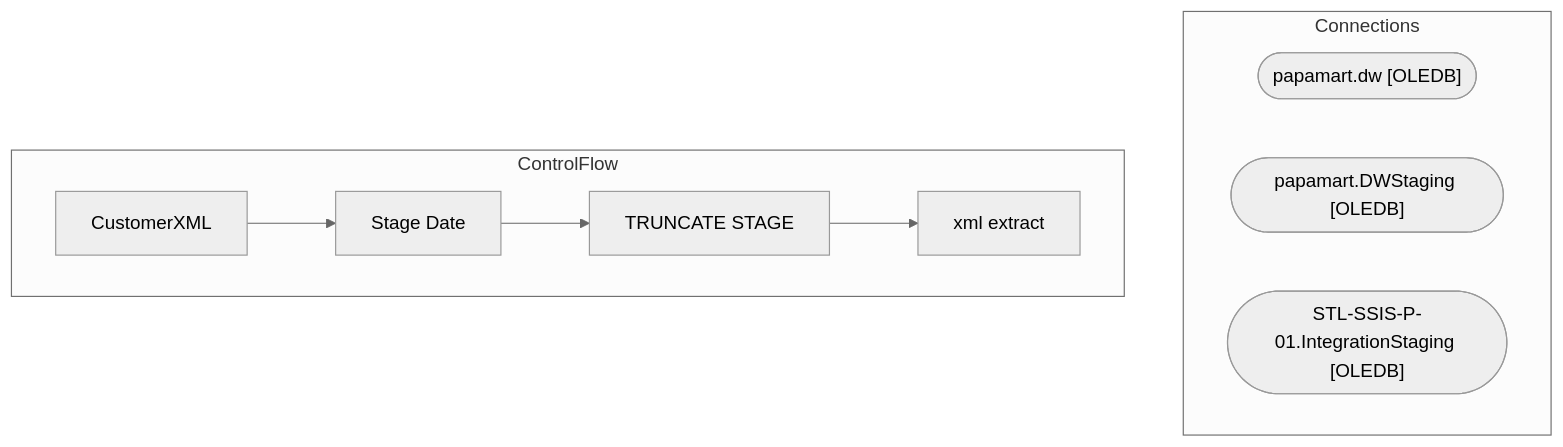
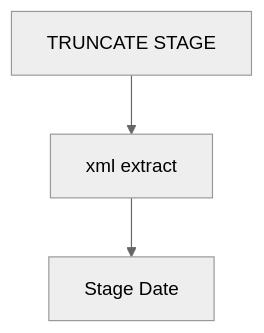
One commit to juanandresbrain/BABSkills changed the diagram in bab-docs-explorer/Documentation/STL-SSIS-P-01/SSIS/SSIS/CustomerXMLExtract.CustomerXML.md. Above: the diagram before and after it, drawn with Mermaid (neutral theme). The commit also changed other lines of this file and 273 other files, not shown here.

````diff
--- a/bab-docs-explorer/Documentation/STL-SSIS-P-01/SSIS/SSIS/CustomerXMLExtract.CustomerXML.md
+++ b/bab-docs-explorer/Documentation/STL-SSIS-P-01/SSIS/SSIS/CustomerXMLExtract.CustomerXML.md
@@ -9,17 +34,8 @@
 ```mermaid
 flowchart TD
-    subgraph Connections
-        papamart_dw_conn(["papamart.dw [OLEDB]"])
-        papamart_DWStaging_conn(["papamart.DWStaging [OLEDB]"])
-        STL_SSIS_P_01_IntegrationStaging_conn(["STL-SSIS-P-01.IntegrationStaging [OLEDB]"])
-    end
-    subgraph ControlFlow
-        CustomerXML_task["CustomerXML"]
-        Stage_Date_task["Stage Date"]
-        CustomerXML_task --> Stage_Date_task
-        TRUNCATE_STAGE_task["TRUNCATE STAGE"]
-        Stage_Date_task --> TRUNCATE_STAGE_task
-        xml_extract_task["xml extract"]
-        TRUNCATE_STAGE_task --> xml_extract_task
-    end
+    n_Package_Stage_Date["Stage Date"]
+    n_Package_TRUNCATE_STAGE["TRUNCATE STAGE"]
+    n_Package_xml_extract["xml extract"]
+    n_Package_xml_extract --> n_Package_Stage_Date
+    n_Package_TRUNCATE_STAGE --> n_Package_xml_extract
 ```
````
